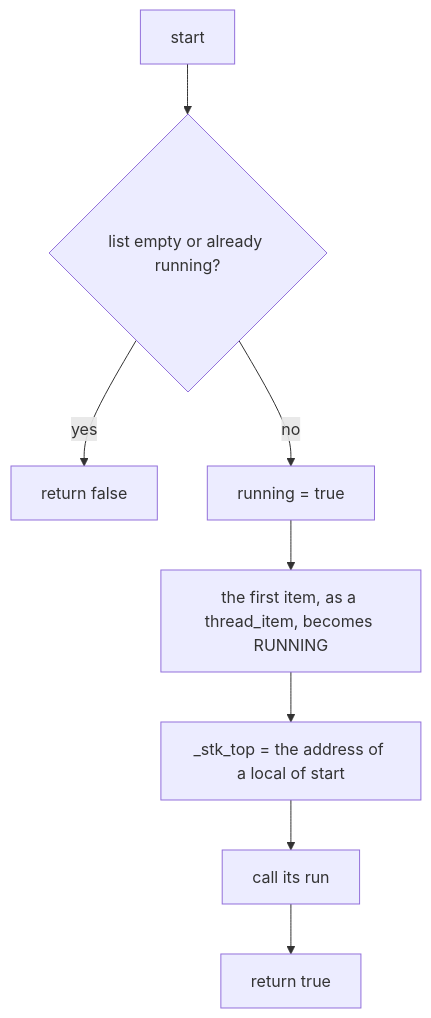
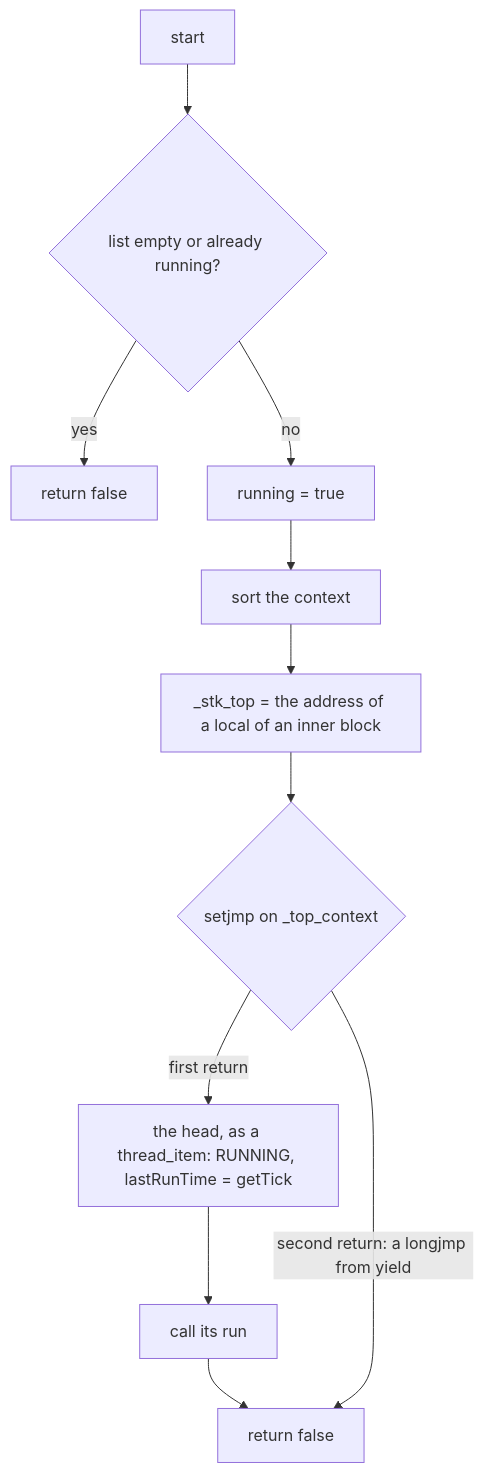
Before and after one commit to solariun/atomicx2: the fifth of 8 diagrams in spec.md, drawn with Mermaid. The commit also changed other lines of this file and 3 other files, not shown here.

````diff
--- a/spec.md
+++ b/spec.md
@@ -402,10 +410,13 @@
 ```mermaid
 flowchart TD
     s["start"] --> e{"list empty or already running?"}
     e -->|yes| f["return false"]
     e -->|no| r["running = true"]
-    r --> h["the first item, as a thread_item, becomes RUNNING"]
-    h --> m["_stk_top = the address of a local of start"]
-    m --> x["call its run"]
-    x --> t["return true"]
+    r --> o["sort the context"]
+    o --> m["_stk_top = the address of a local of an inner block"]
+    m --> j{"setjmp on _top_context"}
+    j -->|first return| h["the head, as a thread_item: RUNNING, lastRunTime = getTick"]
+    h --> x["call its run"]
+    x --> t["return false"]
+    j -->|"second return: a longjmp from yield"| t
 ```
````
